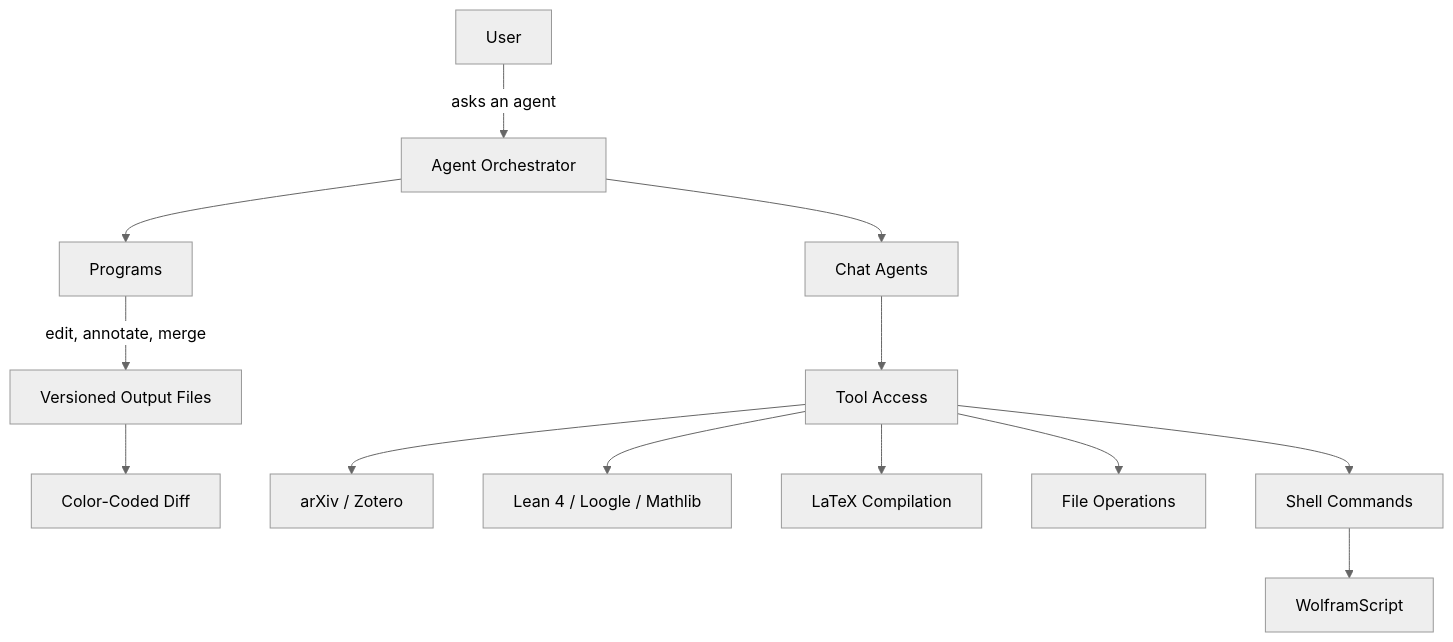
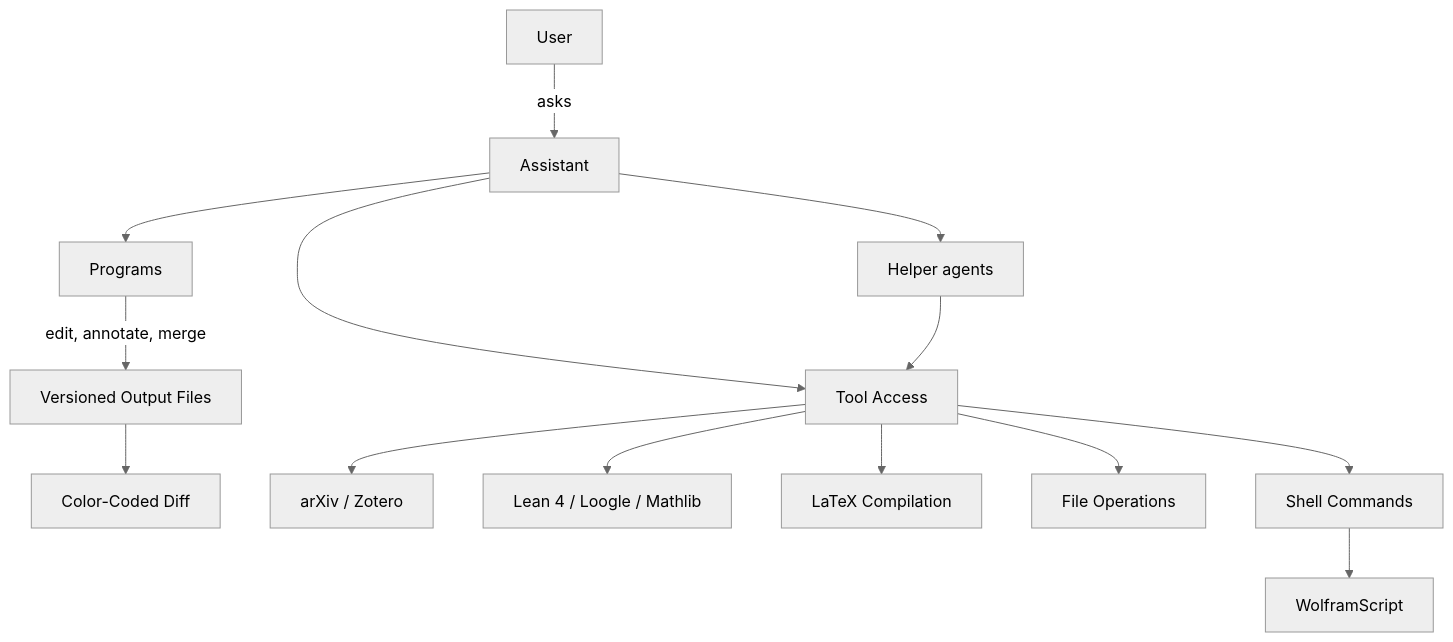
Before and after one commit to LionSR/TeXRA: the diagram in docs/guide/index.md, drawn with Mermaid (neutral theme). The commit also changed other lines of this file and 46 other files, not shown here.

First line of the commit message:
docs: the guide describes one assistant and the programs it starts

````diff
--- a/docs/guide/index.md
+++ b/docs/guide/index.md
@@ -72,17 +71,18 @@
 ```mermaid
 graph TB
-    User[User] --> |asks an agent| Orchestrator[Agent Orchestrator]
-    Orchestrator --> WA[Programs]
-    Orchestrator --> IA[Chat Agents]
+    User[User] --> |asks| Assistant[Assistant]
+    Assistant --> WA[Programs]
+    Assistant --> IA[Helper agents]
+    Assistant --> Tools
 
     WA --> |edit, annotate, merge| Output[Versioned Output Files]
     Output --> Diff[Color-Coded Diff]
 
     IA --> Tools[Tool Access]
     Tools --> Search[arXiv / Zotero]
     Tools --> Lean[Lean 4 / Loogle / Mathlib]
     Tools --> Compile[LaTeX Compilation]
     Tools --> FileOps[File Operations]
     Tools --> Shell[Shell Commands]
     Shell --> Wolfram[WolframScript]
 ```
````
